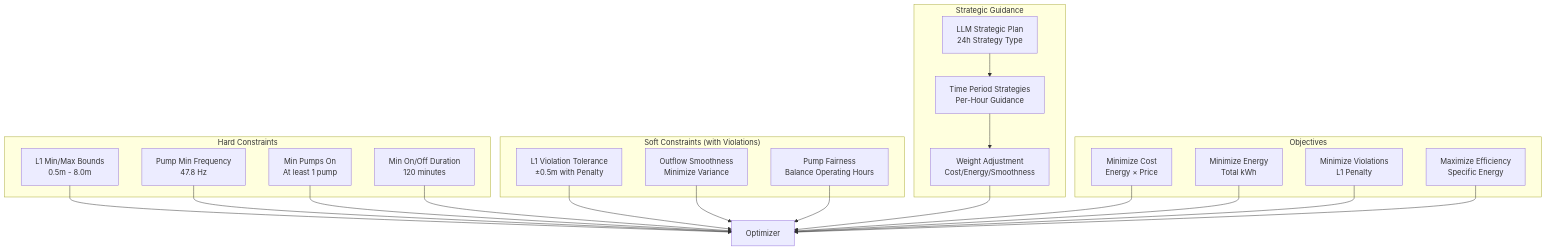
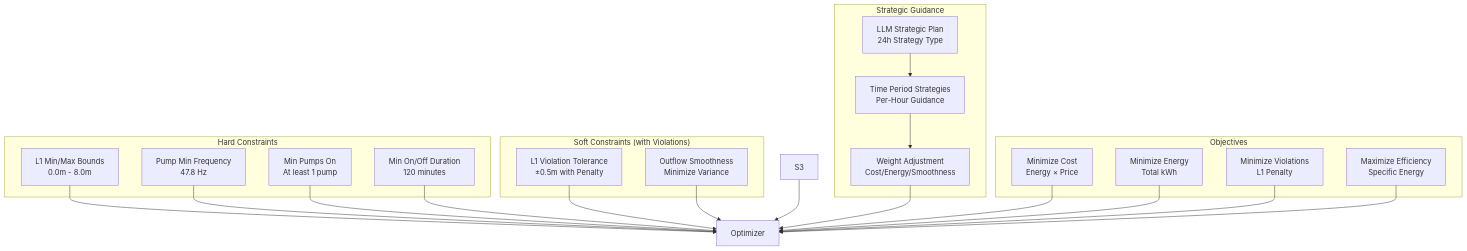
The ninth of 9 diagrams in agents/optimizer_agent/ARCHITECTURE.md (alexha11/Junction-2025), drawn with Mermaid before and after one commit. The commit also changed 13 other files, not shown here.

````diff
--- a/agents/optimizer_agent/ARCHITECTURE.md
+++ b/agents/optimizer_agent/ARCHITECTURE.md
@@ -437,45 +437,44 @@
 ```mermaid
 graph TD
     subgraph "Hard Constraints"
-        H1[L1 Min/Max Bounds<br/>0.5m - 8.0m]
+        H1[L1 Min/Max Bounds<br/>0.0m - 8.0m]
         H2[Pump Min Frequency<br/>47.8 Hz]
         H3[Min Pumps On<br/>At least 1 pump]
         H4[Min On/Off Duration<br/>120 minutes]
     end
     
     subgraph "Soft Constraints (with Violations)"
         S1[L1 Violation Tolerance<br/>±0.5m with Penalty]
         S2[Outflow Smoothness<br/>Minimize Variance]
-        S3[Pump Fairness<br/>Balance Operating Hours]
     end
     
     subgraph "Strategic Guidance"
         ST1[LLM Strategic Plan<br/>24h Strategy Type]
         ST2[Time Period Strategies<br/>Per-Hour Guidance]
         ST3[Weight Adjustment<br/>Cost/Energy/Smoothness]
         ST1 --> ST2
         ST2 --> ST3
     end
     
     subgraph "Objectives"
         O1[Minimize Cost<br/>Energy × Price]
         O2[Minimize Energy<br/>Total kWh]
         O3[Minimize Violations<br/>L1 Penalty]
         O4[Maximize Efficiency<br/>Specific Energy]
     end
     
     H1 --> OPT[Optimizer]
     H2 --> OPT
     H3 --> OPT
     H4 --> OPT
     
     S1 --> OPT
     S2 --> OPT
     S3 --> OPT
     
     ST3 --> OPT
     O1 --> OPT
     O2 --> OPT
     O3 --> OPT
     O4 --> OPT
 ```
````
